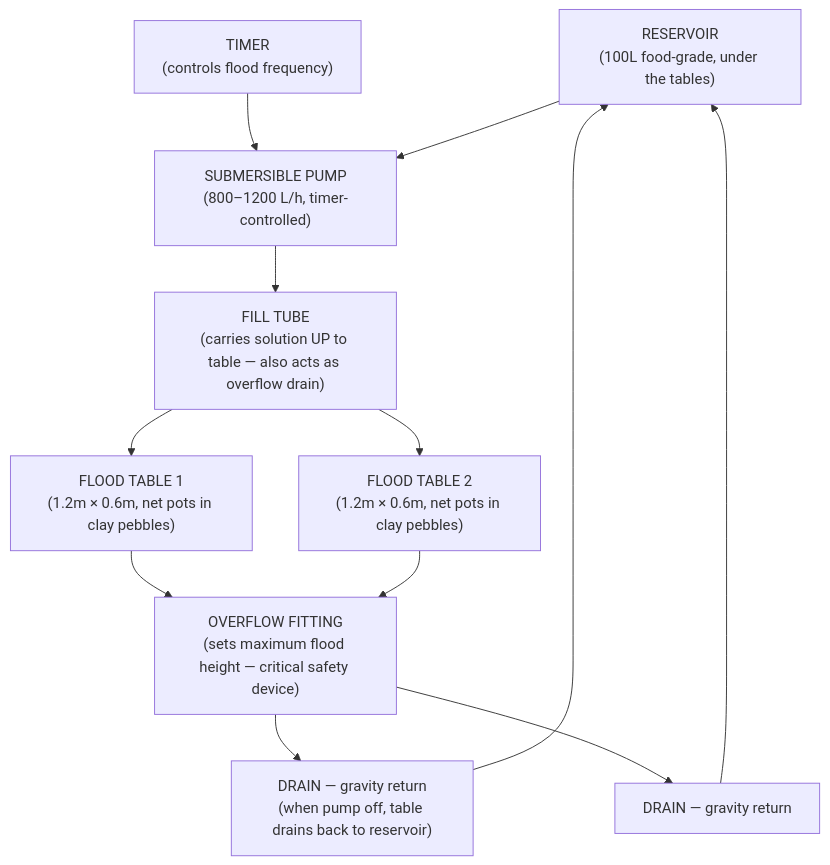
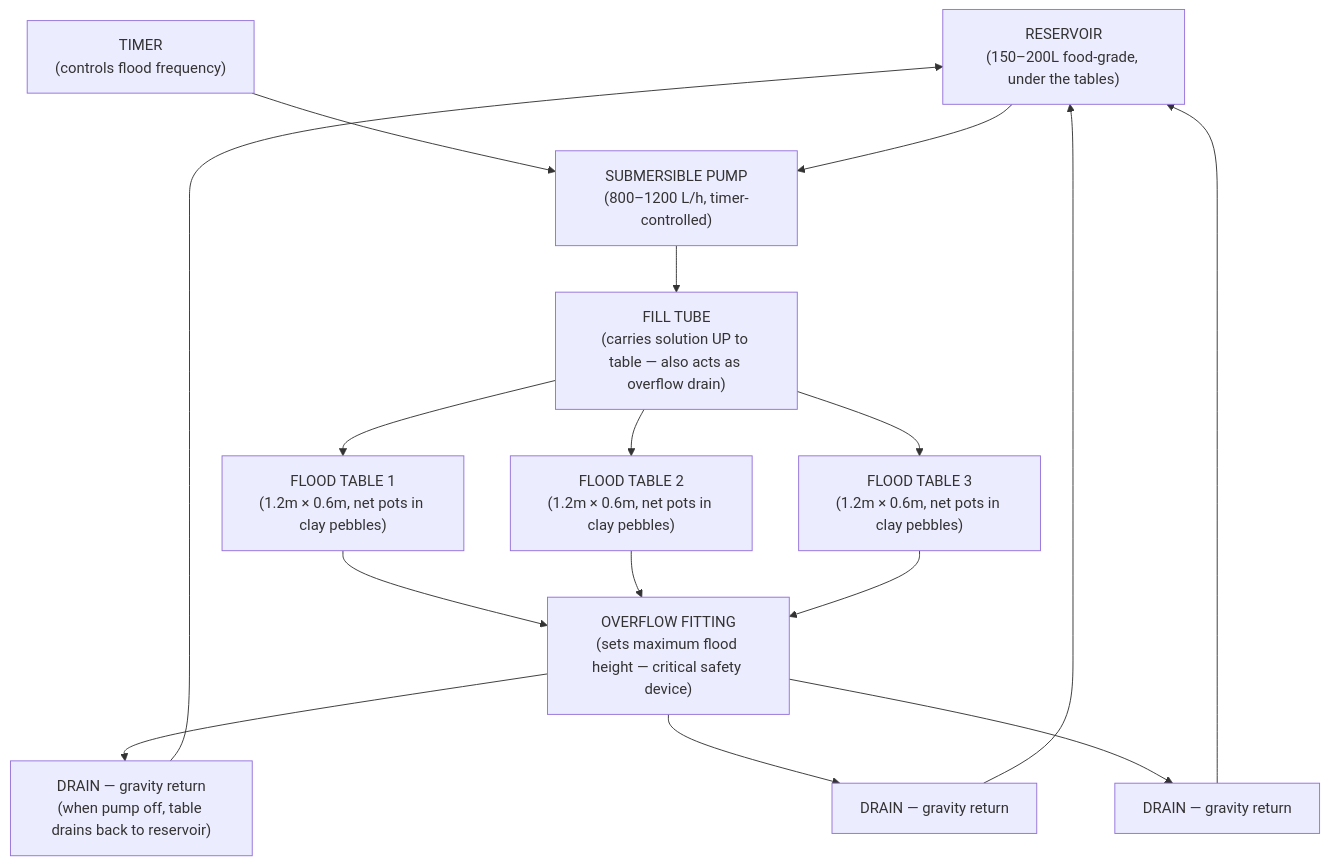
The second of 3 diagrams in guide/ebb-and-flow/01-ebb-flow-basics.md (UncleJS/guide_hydroponics), drawn with Mermaid before and after one commit. The commit also changed other lines of this file and 22 other files, not shown here.

````diff
--- a/guide/ebb-and-flow/01-ebb-flow-basics.md
+++ b/guide/ebb-and-flow/01-ebb-flow-basics.md
@@ -97,24 +97,30 @@
 ```mermaid
 flowchart TD
-    RES["RESERVOIR<br/>(100L food-grade, under the tables)"]
+    RES["RESERVOIR<br/>(150–200L food-grade, under the tables)"]
     PUMP["SUBMERSIBLE PUMP<br/>(800–1200 L/h, timer-controlled)"]
     TIMER["TIMER<br/>(controls flood frequency)"]
     FILL["FILL TUBE<br/>(carries solution UP to table — also acts as overflow drain)"]
     OVF["OVERFLOW FITTING<br/>(sets maximum flood height — critical safety device)"]
     T1["FLOOD TABLE 1<br/>(1.2m × 0.6m, net pots in clay pebbles)"]
     T2["FLOOD TABLE 2<br/>(1.2m × 0.6m, net pots in clay pebbles)"]
+    T3["FLOOD TABLE 3<br/>(1.2m × 0.6m, net pots in clay pebbles)"]
     DR1["DRAIN — gravity return<br/>(when pump off, table drains back to reservoir)"]
     DR2["DRAIN — gravity return"]
+    DR3["DRAIN — gravity return"]
 
     TIMER --> PUMP
     RES --> PUMP
     PUMP --> FILL
     FILL --> T1
     FILL --> T2
+    FILL --> T3
     T1 --> OVF
     T2 --> OVF
+    T3 --> OVF
     OVF --> DR1
     OVF --> DR2
+    OVF --> DR3
     DR1 --> RES
     DR2 --> RES
+    DR3 --> RES
 ```
````
